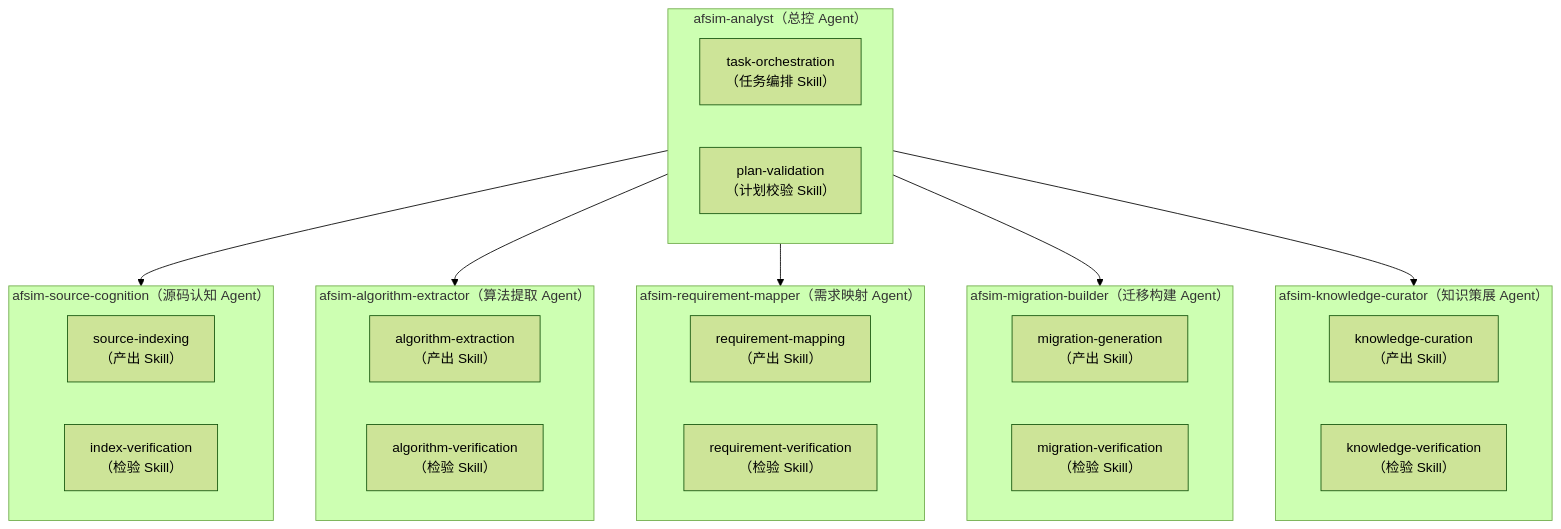
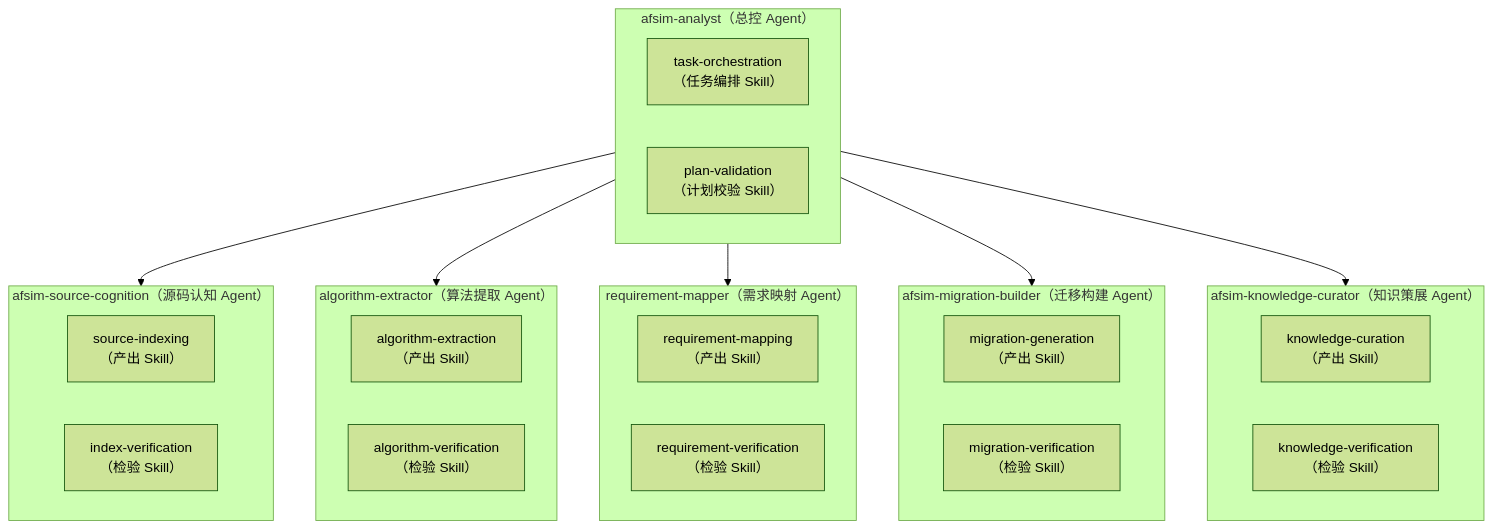
One commit to huaren990-bot/afsim-analysis-skill-project changed the diagram in README.md. Above: the diagram before and after it, drawn with Mermaid (forest theme). The commit also changed other lines of this file and 28 other files, not shown here.

````diff
--- a/README.md
+++ b/README.md
@@ -37,44 +37,44 @@
 ```mermaid
 flowchart TB
     subgraph Analyst["afsim-analyst（总控 Agent）"]
         direction LR
         TO["task-orchestration<br/>（任务编排 Skill）"]
         PV["plan-validation<br/>（计划校验 Skill）"]
     end
 
     Analyst --> Cognition
     Analyst --> AlgoExtract
     Analyst --> ReqMap
     Analyst --> MigBuild
     Analyst --> KnowledgeCurator
 
     subgraph Cognition["afsim-source-cognition（源码认知 Agent）"]
         direction LR
         SI["source-indexing<br/>（产出 Skill）"]
         IV["index-verification<br/>（检验 Skill）"]
     end
 
-    subgraph AlgoExtract["afsim-algorithm-extractor（算法提取 Agent）"]
+    subgraph AlgoExtract["algorithm-extractor（算法提取 Agent）"]
         direction LR
         AE["algorithm-extraction<br/>（产出 Skill）"]
         AV["algorithm-verification<br/>（检验 Skill）"]
     end
 
-    subgraph ReqMap["afsim-requirement-mapper（需求映射 Agent）"]
+    subgraph ReqMap["requirement-mapper（需求映射 Agent）"]
         direction LR
         RM["requirement-mapping<br/>（产出 Skill）"]
         RV["requirement-verification<br/>（检验 Skill）"]
     end
 
     subgraph MigBuild["afsim-migration-builder（迁移构建 Agent）"]
         direction LR
         MG["migration-generation<br/>（产出 Skill）"]
         MV["migration-verification<br/>（检验 Skill）"]
     end
 
     subgraph KnowledgeCurator["afsim-knowledge-curator（知识策展 Agent）"]
         direction LR
         KC["knowledge-curation<br/>（产出 Skill）"]
         KV["knowledge-verification<br/>（检验 Skill）"]
     end
 ```
````
